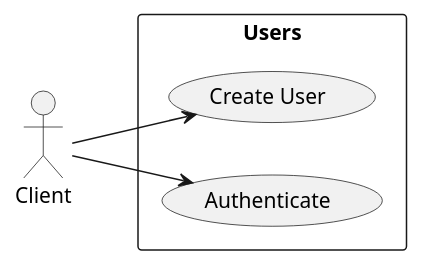
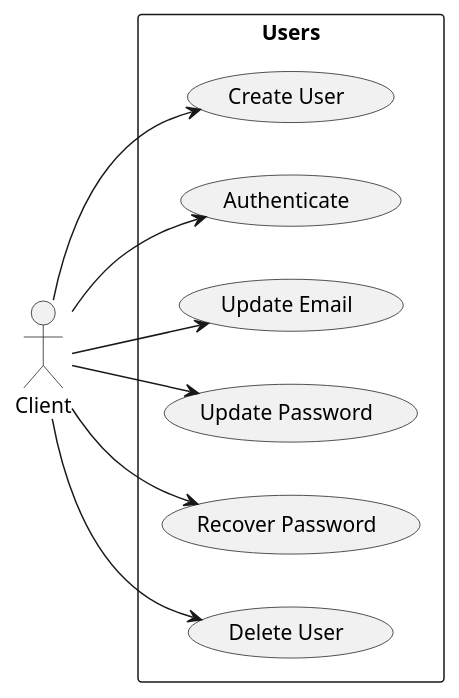
Before and after one commit to orion-services/users: the diagram in docs/usecases/UseCases.puml, drawn with PlantUML. The commit also changed 2 other files, not shown here.

```diff
--- a/docs/usecases/UseCases.puml
+++ b/docs/usecases/UseCases.puml
@@ -1,13 +1,22 @@
 @startuml
 left to right direction
 
 actor "Client" as client
 
 rectangle Users{
     usecase "Create User" as UC1
     usecase "Authenticate" as UC2
+    usecase "Update Email" as UC3
+    usecase "Update Password" as UC4
+    usecase "Recover Password" as UC5
+    usecase "Delete User" as UC6
 }
 
 client -->  UC1
 client -->  UC2
+client -->  UC3
+client -->  UC4
+client -->  UC5
+client -->  UC6
+
 @enduml
```
